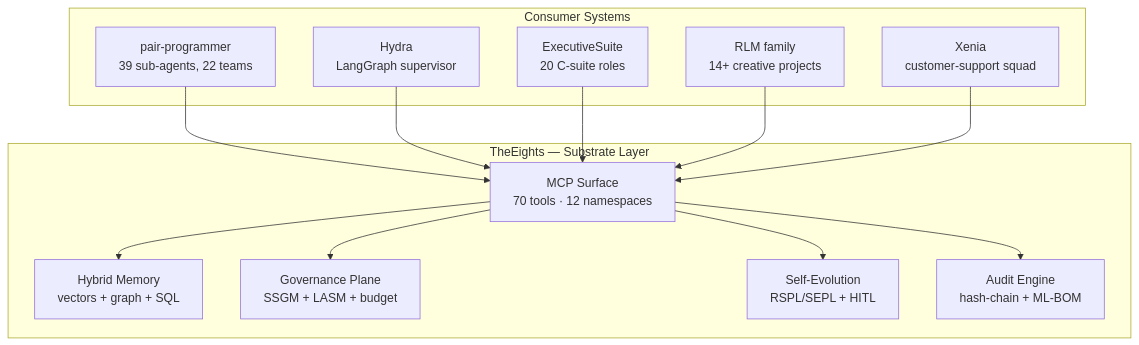
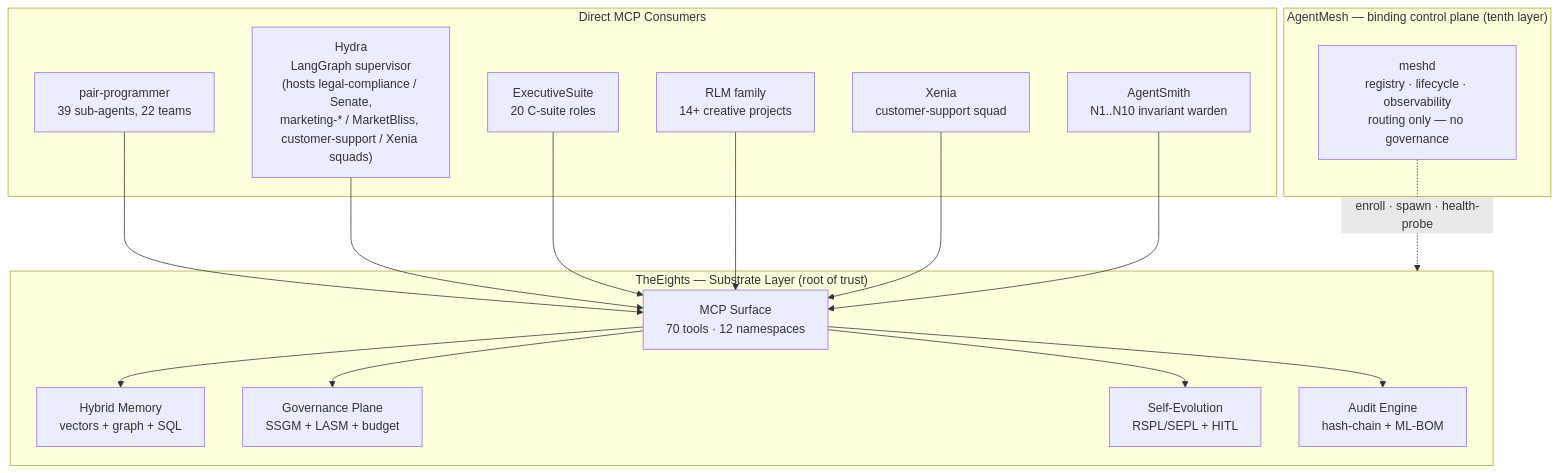
Before and after one commit to lebobo88/TheEights: the first of 5 diagrams in README.md, drawn with Mermaid. The commit also changed other lines of this file and 1 other file, not shown here.

First line of the commit message:
docs: ecosystem patch — Senate + MarketBliss as through-Hydra consumers; AgentMesh as binding control plane

````diff
--- a/README.md
+++ b/README.md
@@ -19,28 +21,35 @@
 ```mermaid
 graph TB
-    subgraph Orchestrators["Consumer Systems"]
+    subgraph Mesh["AgentMesh — binding control plane (tenth layer)"]
+        AM["meshd\nregistry · lifecycle · observability\nrouting only — no governance"]
+    end
+
+    subgraph Orchestrators["Direct MCP Consumers"]
         PP["pair-programmer\n39 sub-agents, 22 teams"]
-        HY["Hydra\nLangGraph supervisor"]
+        HY["Hydra\nLangGraph supervisor\n(hosts legal-compliance / Senate,\nmarketing-* / MarketBliss, customer-support / Xenia squads)"]
         ES["ExecutiveSuite\n20 C-suite roles"]
         RLM["RLM family\n14+ creative projects"]
         XEN["Xenia\ncustomer-support squad"]
+        AS["AgentSmith\nN1..N10 invariant warden"]
     end
 
-    subgraph TheEights["TheEights — Substrate Layer"]
+    subgraph TheEights["TheEights — Substrate Layer (root of trust)"]
         MCP["MCP Surface\n70 tools · 12 namespaces"]
         MEM["Hybrid Memory\nvectors + graph + SQL"]
         GOV["Governance Plane\nSSGM + LASM + budget"]
         EVO["Self-Evolution\nRSPL/SEPL + HITL"]
         AUD["Audit Engine\nhash-chain + ML-BOM"]
     end
 
+    AM -.->|enroll · spawn · health-probe| TheEights
     PP --> MCP
     HY --> MCP
     ES --> MCP
     RLM --> MCP
     XEN --> MCP
+    AS --> MCP
     MCP --> MEM
     MCP --> GOV
     MCP --> EVO
     MCP --> AUD
 ```
````
